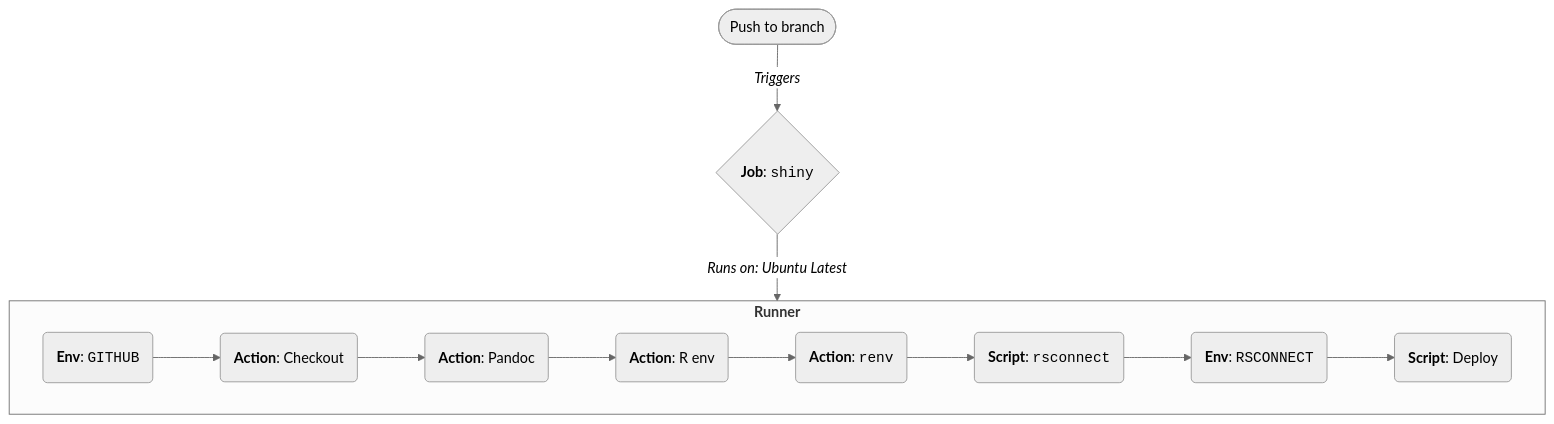
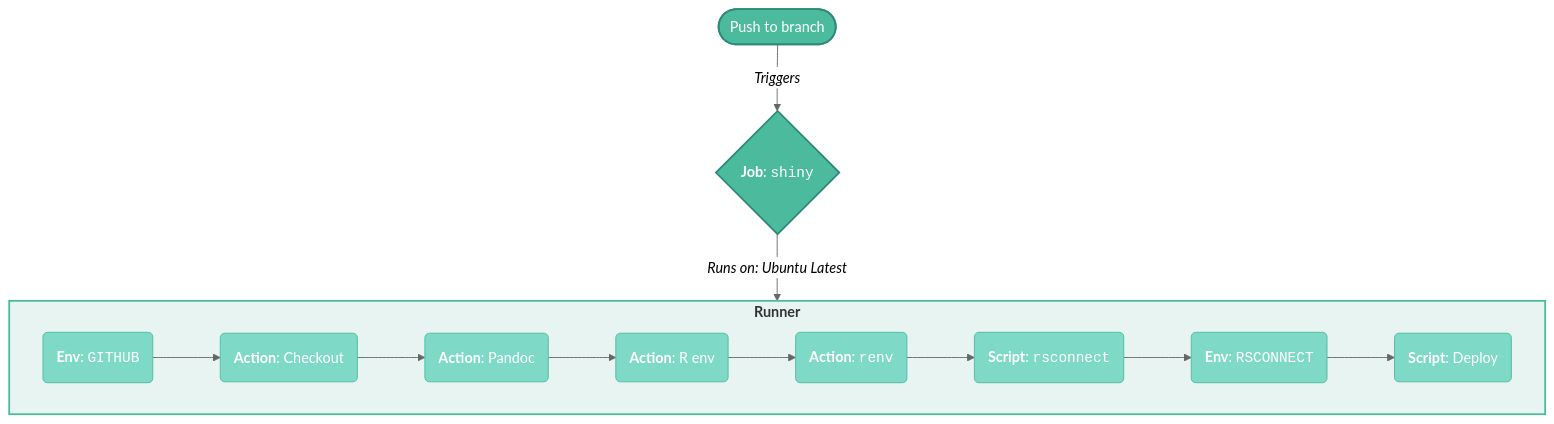
The eighth of 8 diagrams in gha.qmd (mjfrigaard/shiny-app-pkgs), drawn with Mermaid before and after one commit. The commit also changed other lines of this file, not shown here.

First line of the commit message:
Style all 8 mermaid diagrams in gha.qmd with teal palette

````diff
--- a/gha.qmd
+++ b/gha.qmd
@@ -986,21 +1000,33 @@
 ```{mermaid}
 %%| fig-align: center
 %%{init: {'theme': 'neutral', 'themeVariables': { 'fontFamily': 'monospace', "fontSize":"16px"}}}%%
 flowchart TD
   Push(["Push to branch"])
   Push -->|"<em>Triggers</em>"| Shiny{"<strong>Job</strong>: <code>shiny</code>"}
     subgraph ubuntu["<strong>Runner</strong>"]
         PAT("<strong>Env</strong>: <code>GITHUB</code>")
         Checkout("<strong>Action</strong>: Checkout")
         SetupPandoc("<strong>Action</strong>: Pandoc")
         SetupR("<strong>Action</strong>: R env")
         SetupRenv("<strong>Action</strong>: <code>renv</code>")
         InstallRsconnect("<strong>Script</strong>: <code>rsconnect</code>")
         Auth("<strong>Env</strong>: <code>RSCONNECT</code>")
         Deploy("<strong>Script</strong>: Deploy")
     end
   Shiny -->|"<em>Runs on: Ubuntu Latest</em>"| ubuntu
   PAT --> Checkout --> SetupPandoc --> SetupR
   SetupR --> SetupRenv --> InstallRsconnect
   InstallRsconnect --> Auth --> Deploy
+
+  style Push fill:#4CBB9D,color:#fff,stroke:#2d8a7a,stroke-width:2px
+  style Shiny fill:#4CBB9D,color:#fff,stroke:#2d8a7a,stroke-width:2px
+  style ubuntu fill:#e8f4f1,stroke:#4CBB9D,stroke-width:2px
+  style PAT fill:#7fd9c7,color:#fff,stroke:#4CBB9D,stroke-width:1px
+  style Checkout fill:#7fd9c7,color:#fff,stroke:#4CBB9D,stroke-width:1px
+  style SetupPandoc fill:#7fd9c7,color:#fff,stroke:#4CBB9D,stroke-width:1px
+  style SetupR fill:#7fd9c7,color:#fff,stroke:#4CBB9D,stroke-width:1px
+  style SetupRenv fill:#7fd9c7,color:#fff,stroke:#4CBB9D,stroke-width:1px
+  style InstallRsconnect fill:#7fd9c7,color:#fff,stroke:#4CBB9D,stroke-width:1px
+  style Auth fill:#7fd9c7,color:#fff,stroke:#4CBB9D,stroke-width:1px
+  style Deploy fill:#7fd9c7,color:#fff,stroke:#4CBB9D,stroke-width:1px
 ```
````
